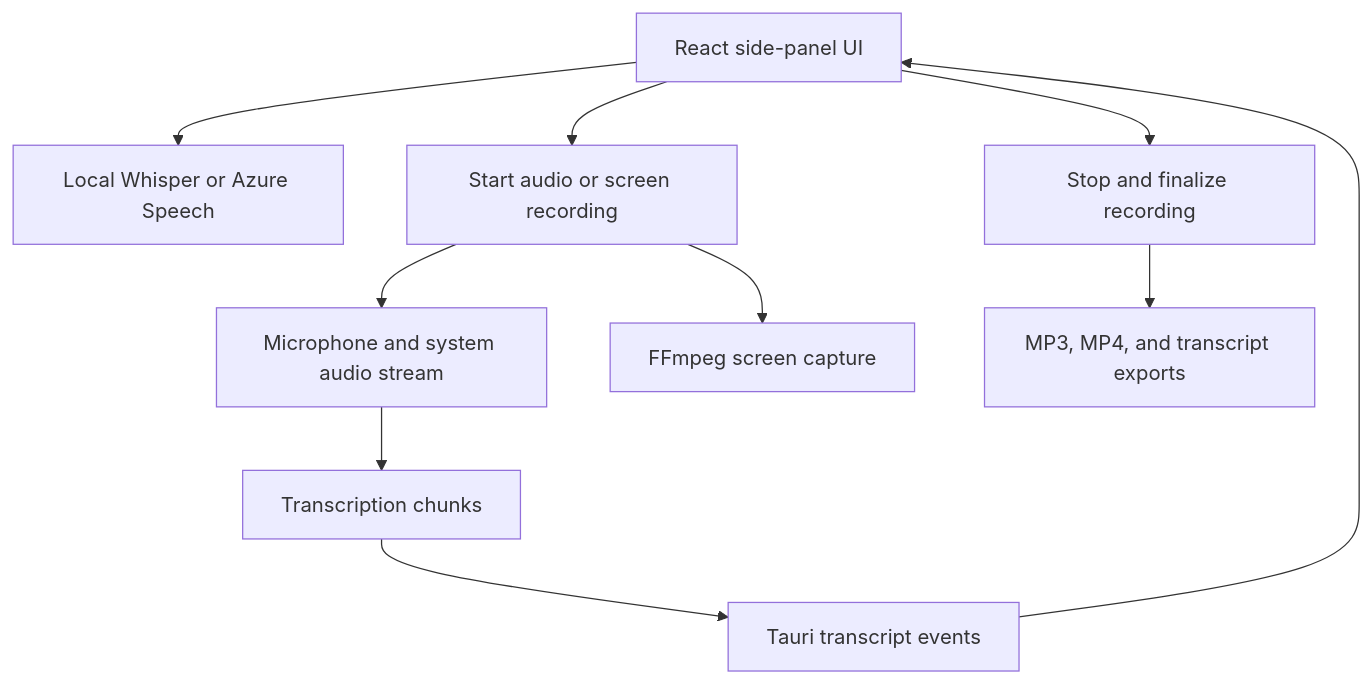
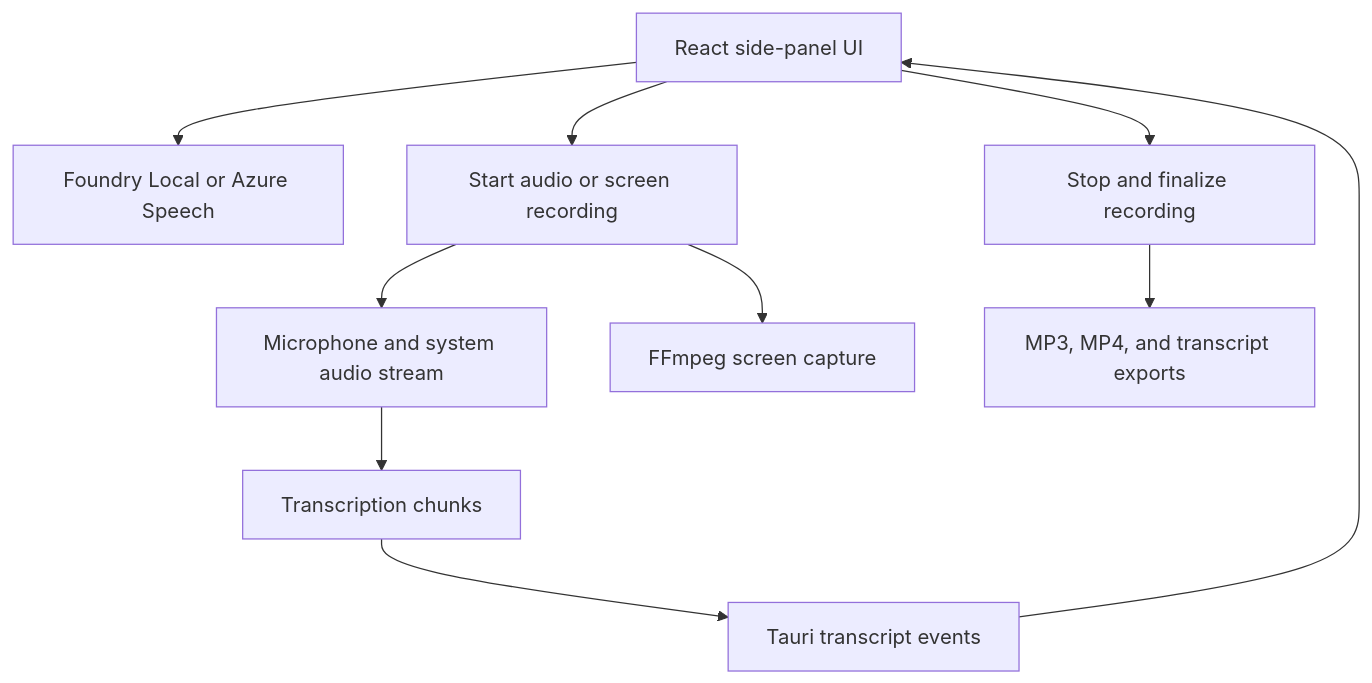
The second of 2 diagrams in Architecture.md (kimtth/craft-meetily-lite), drawn with Mermaid before and after one commit. The commit also changed other lines of this file and 38 other files, not shown here.

````diff
--- a/Architecture.md
+++ b/Architecture.md
@@ -305,22 +244,22 @@
 ```mermaid
 flowchart TD
 	UI[React side-panel UI]
-	Engine[Local Whisper or Azure Speech]
+	Engine[Foundry Local or Azure Speech]
 	Record[Start audio or screen recording]
 	Audio[Microphone and system audio stream]
 	STT[Transcription chunks]
 	Screen[FFmpeg screen capture]
 	Events[Tauri transcript events]
 	Stop[Stop and finalize recording]
 	Files[MP3, MP4, and transcript exports]
 
 	UI --> Engine
 	UI --> Record
 	Record --> Audio
 	Audio --> STT
 	Record --> Screen
 	STT --> Events
 	Events --> UI
 	UI --> Stop
 	Stop --> Files
 ```
````
